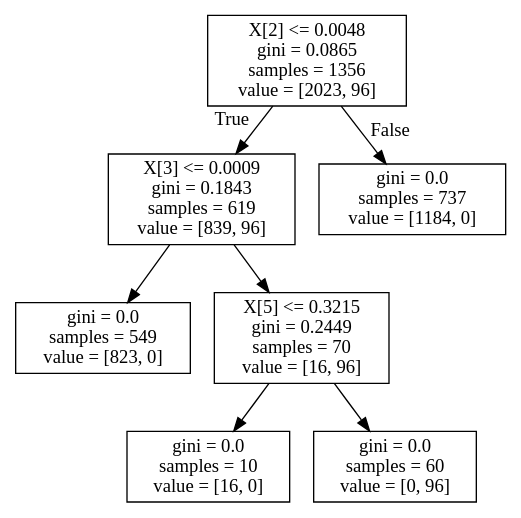
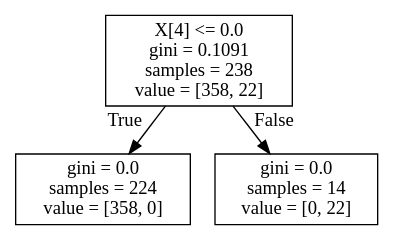
Before and after one commit to imwack/facebook: the diagram in 2.dot, drawn with Graphviz. The commit also changed 23 other files, not shown here.

```diff
--- a/2.dot
+++ b/2.dot
@@ -1,16 +1,8 @@
 digraph Tree {
 node [shape=box] ;
-0 [label="X[2] <= 0.0048\ngini = 0.0865\nsamples = 1356\nvalue = [2023, 96]"] ;
-1 [label="X[3] <= 0.0009\ngini = 0.1843\nsamples = 619\nvalue = [839, 96]"] ;
+0 [label="X[4] <= 0.0\ngini = 0.1091\nsamples = 238\nvalue = [358, 22]"] ;
+1 [label="gini = 0.0\nsamples = 224\nvalue = [358, 0]"] ;
 0 -> 1 [labeldistance=2.5, labelangle=45, headlabel="True"] ;
-2 [label="gini = 0.0\nsamples = 549\nvalue = [823, 0]"] ;
-1 -> 2 ;
-3 [label="X[5] <= 0.3215\ngini = 0.2449\nsamples = 70\nvalue = [16, 96]"] ;
-1 -> 3 ;
-4 [label="gini = 0.0\nsamples = 10\nvalue = [16, 0]"] ;
-3 -> 4 ;
-5 [label="gini = 0.0\nsamples = 60\nvalue = [0, 96]"] ;
-3 -> 5 ;
-6 [label="gini = 0.0\nsamples = 737\nvalue = [1184, 0]"] ;
-0 -> 6 [labeldistance=2.5, labelangle=-45, headlabel="False"] ;
+2 [label="gini = 0.0\nsamples = 14\nvalue = [0, 22]"] ;
+0 -> 2 [labeldistance=2.5, labelangle=-45, headlabel="False"] ;
 }
```
